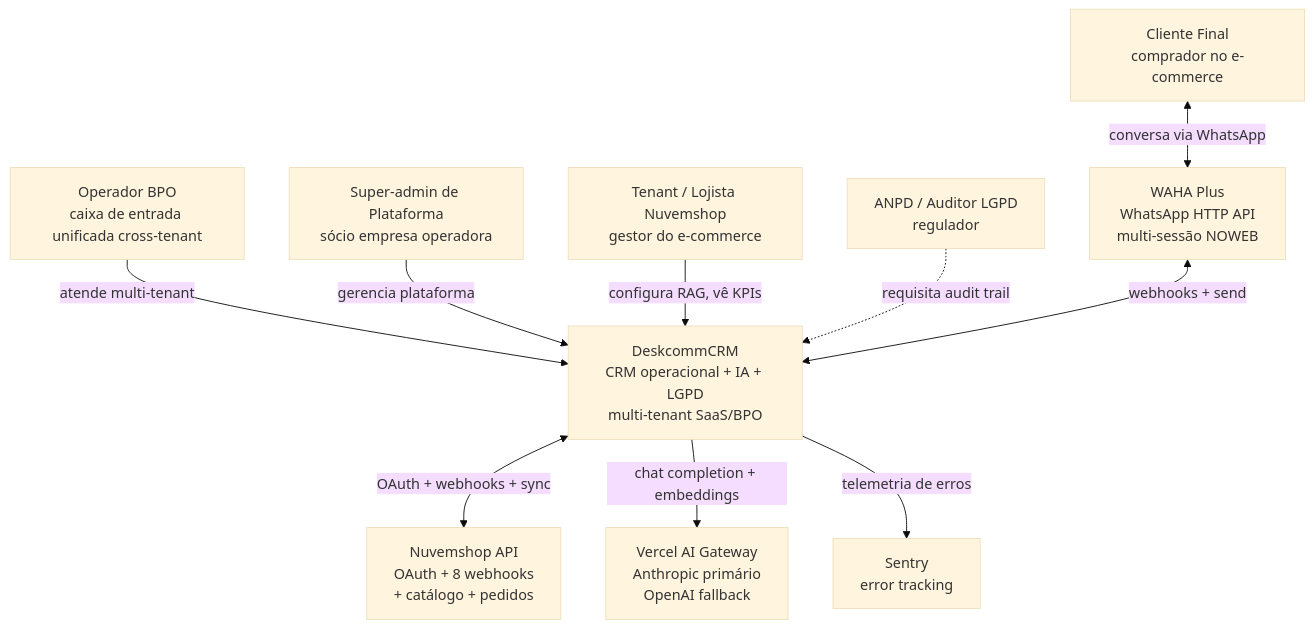
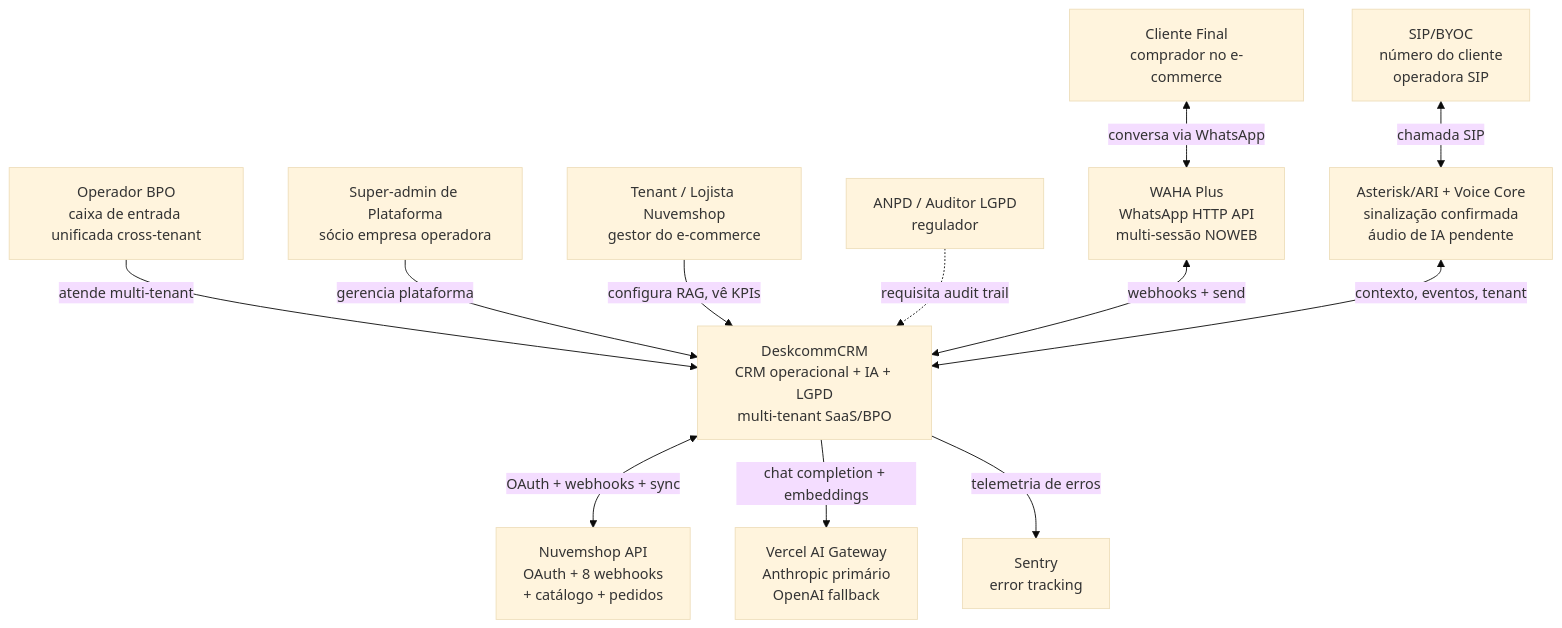
The first of 16 diagrams in docs/research/architecture-diagrams.md (trydavidqix/Lumenva), drawn with Mermaid (base theme) before and after one commit. The commit also changed other lines of this file and 17 other files, not shown here.

````diff
--- a/docs/research/architecture-diagrams.md
+++ b/docs/research/architecture-diagrams.md
@@ -21,27 +21,31 @@
 ```mermaid
 graph TD
     OperadorBPO[Operador BPO<br/>caixa de entrada unificada cross-tenant]
     Tenant[Tenant / Lojista Nuvemshop<br/>gestor do e-commerce]
     Cliente[Cliente Final<br/>comprador no e-commerce]
     SuperAdmin[Super-admin de Plataforma<br/>sócio empresa operadora]
     Auditor[ANPD / Auditor LGPD<br/>regulador]
 
     DeskcommCRM[DeskcommCRM<br/>CRM operacional + IA + LGPD<br/>multi-tenant SaaS/BPO]
 
     Nuvemshop[Nuvemshop API<br/>OAuth + 8 webhooks<br/>+ catálogo + pedidos]
     WAHA[WAHA Plus<br/>WhatsApp HTTP API<br/>multi-sessão NOWEB]
+    SIP[SIP/BYOC<br/>número do cliente<br/>operadora SIP]
+    Voice[Asterisk/ARI + Voice Core<br/>sinalização confirmada<br/>áudio de IA pendente]
     AIGW[Vercel AI Gateway<br/>Anthropic primário<br/>OpenAI fallback]
     Sentry[Sentry<br/>error tracking]
 
     OperadorBPO -->|atende multi-tenant| DeskcommCRM
     SuperAdmin -->|gerencia plataforma| DeskcommCRM
     Tenant -->|configura RAG, vê KPIs| DeskcommCRM
     Auditor -.->|requisita audit trail| DeskcommCRM
 
     Cliente <-->|conversa via WhatsApp| WAHA
     WAHA <-->|webhooks + send| DeskcommCRM
+    SIP <-->|chamada SIP| Voice
+    Voice <-->|contexto, eventos, tenant| DeskcommCRM
 
     DeskcommCRM <-->|OAuth + webhooks + sync| Nuvemshop
     DeskcommCRM -->|chat completion + embeddings| AIGW
     DeskcommCRM -->|telemetria de erros| Sentry
 ```
````
